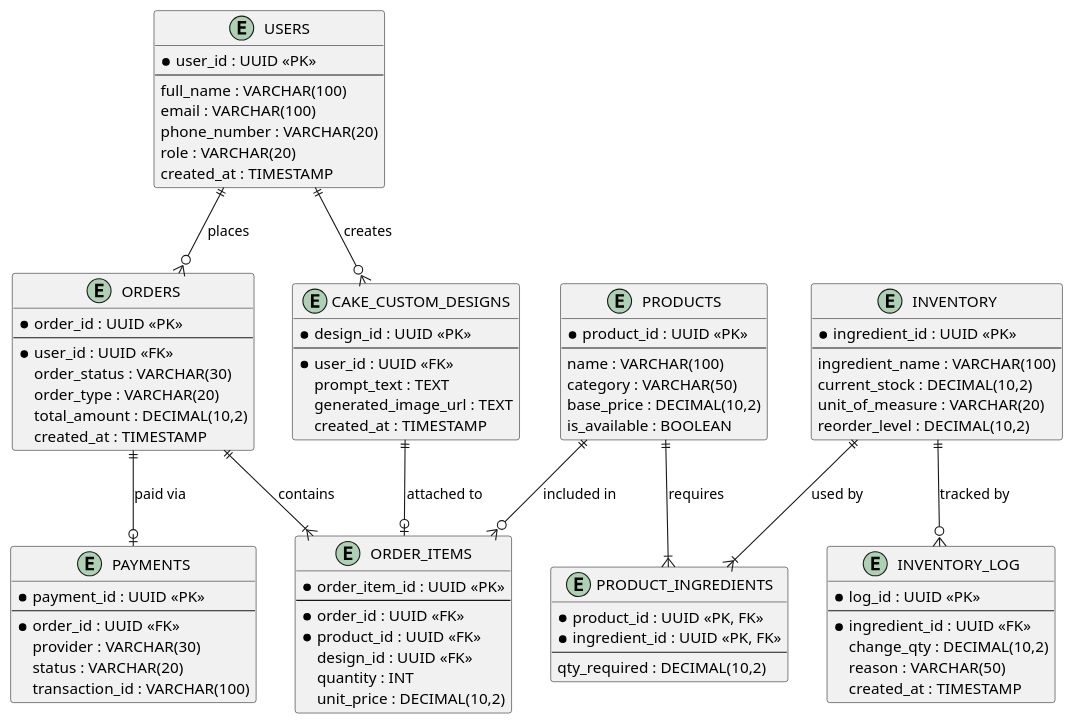
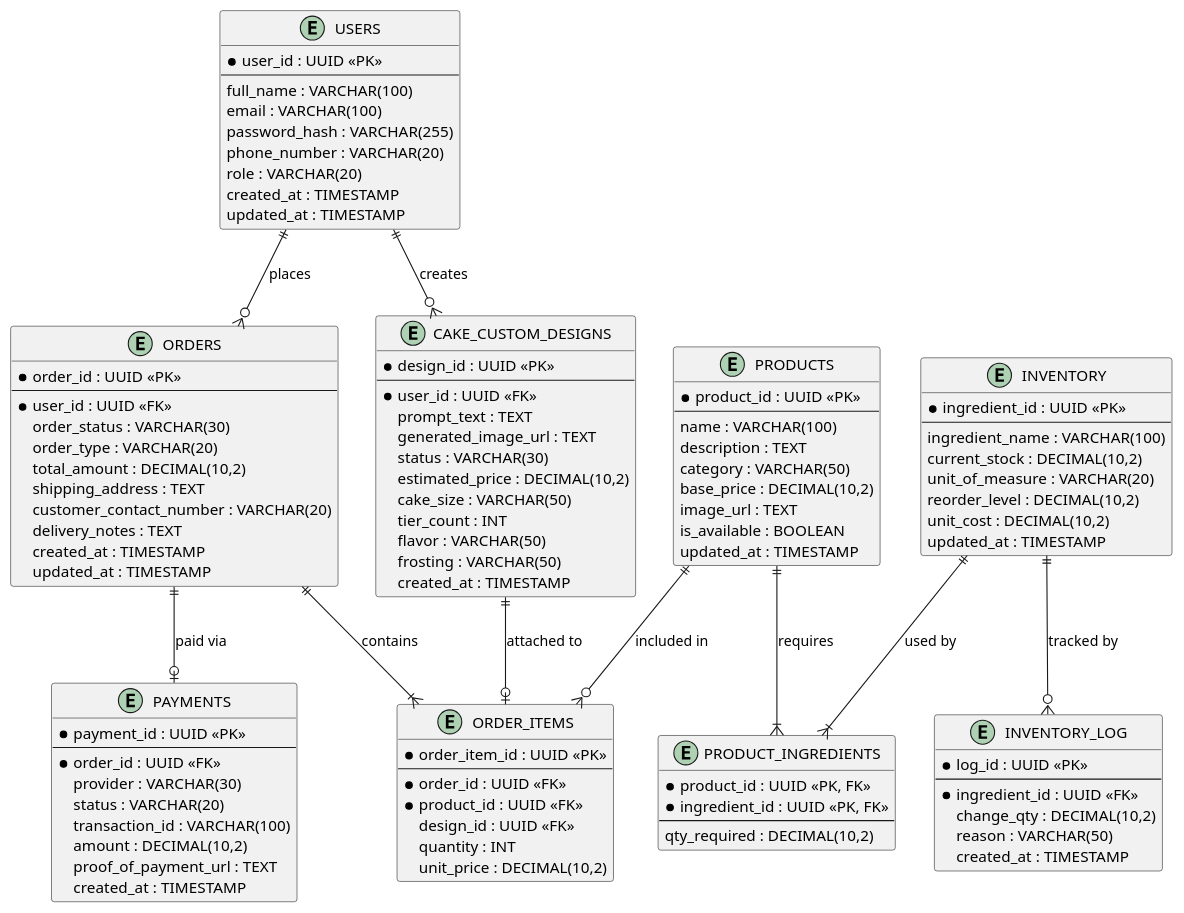
Before and after one commit to APC-SoCIT/APC-2026-2027-T1-IT241-Grp7-Smart-Web-Order-System-for-Mama-Co: the diagram in PBL/MSYADD/ERD.puml, drawn with PlantUML. The commit also changed other lines of this file, not shown here.

```diff
--- a/PBL/MSYADD/ERD.puml
+++ b/PBL/MSYADD/ERD.puml
@@ -1,95 +1,115 @@
 @startuml ERD
 entity "USERS" as users {
   * user_id : UUID <<PK>>
   --
   full_name : VARCHAR(100)
   email : VARCHAR(100)
+  password_hash : VARCHAR(255)
   phone_number : VARCHAR(20)
   role : VARCHAR(20)
   created_at : TIMESTAMP
+  updated_at : TIMESTAMP
 }
 
 entity "ORDERS" as orders {
   * order_id : UUID <<PK>>
   --
   * user_id : UUID <<FK>>
   order_status : VARCHAR(30)
   order_type : VARCHAR(20)
   total_amount : DECIMAL(10,2)
+  shipping_address : TEXT
+  customer_contact_number : VARCHAR(20)
+  delivery_notes : TEXT
   created_at : TIMESTAMP
+  updated_at : TIMESTAMP
 }
 
 entity "ORDER_ITEMS" as order_items {
   * order_item_id : UUID <<PK>>
   --
   * order_id : UUID <<FK>>
   * product_id : UUID <<FK>>
   design_id : UUID <<FK>>
   quantity : INT
   unit_price : DECIMAL(10,2)
 }
 
 entity "CAKE_CUSTOM_DESIGNS" as custom_designs {
   * design_id : UUID <<PK>>
   --
   * user_id : UUID <<FK>>
   prompt_text : TEXT
   generated_image_url : TEXT
+  status : VARCHAR(30)
+  estimated_price : DECIMAL(10,2)
+  cake_size : VARCHAR(50)
+  tier_count : INT
+  flavor : VARCHAR(50)
+  frosting : VARCHAR(50)
   created_at : TIMESTAMP
 }
 
 entity "PRODUCTS" as products {
   * product_id : UUID <<PK>>
   --
   name : VARCHAR(100)
+  description : TEXT
   category : VARCHAR(50)
   base_price : DECIMAL(10,2)
+  image_url : TEXT
   is_available : BOOLEAN
+  updated_at : TIMESTAMP
 }
 
 entity "PRODUCT_INGREDIENTS" as product_ingredients {
   * product_id : UUID <<PK, FK>>
   * ingredient_id : UUID <<PK, FK>>
   --
   qty_required : DECIMAL(10,2)
 }
 
 entity "INVENTORY" as inventory {
   * ingredient_id : UUID <<PK>>
   --
   ingredient_name : VARCHAR(100)
   current_stock : DECIMAL(10,2)
   unit_of_measure : VARCHAR(20)
   reorder_level : DECIMAL(10,2)
+  unit_cost : DECIMAL(10,2)
+  updated_at : TIMESTAMP
 }
 
 entity "INVENTORY_LOG" as inventory_log {
   * log_id : UUID <<PK>>
   --
   * ingredient_id : UUID <<FK>>
   change_qty : DECIMAL(10,2)
   reason : VARCHAR(50)
   created_at : TIMESTAMP
 }
 
 entity "PAYMENTS" as payments {
   * payment_id : UUID <<PK>>
   --
   * order_id : UUID <<FK>>
   provider : VARCHAR(30)
   status : VARCHAR(20)
   transaction_id : VARCHAR(100)
+  amount : DECIMAL(10,2)
+  proof_of_payment_url : TEXT
+  created_at : TIMESTAMP
 }
 
 users ||--o{ orders : "places"
 users ||--o{ custom_designs : "creates"
 orders ||--|{ order_items : "contains"
 products ||--o{ order_items : "included in"
 custom_designs ||--o| order_items : "attached to"
 orders ||--o| payments : "paid via"
 
 products ||--|{ product_ingredients : "requires"
 inventory ||--|{ product_ingredients : "used by"
 inventory ||--o{ inventory_log : "tracked by"
 
-@endl
+@enduml
```
